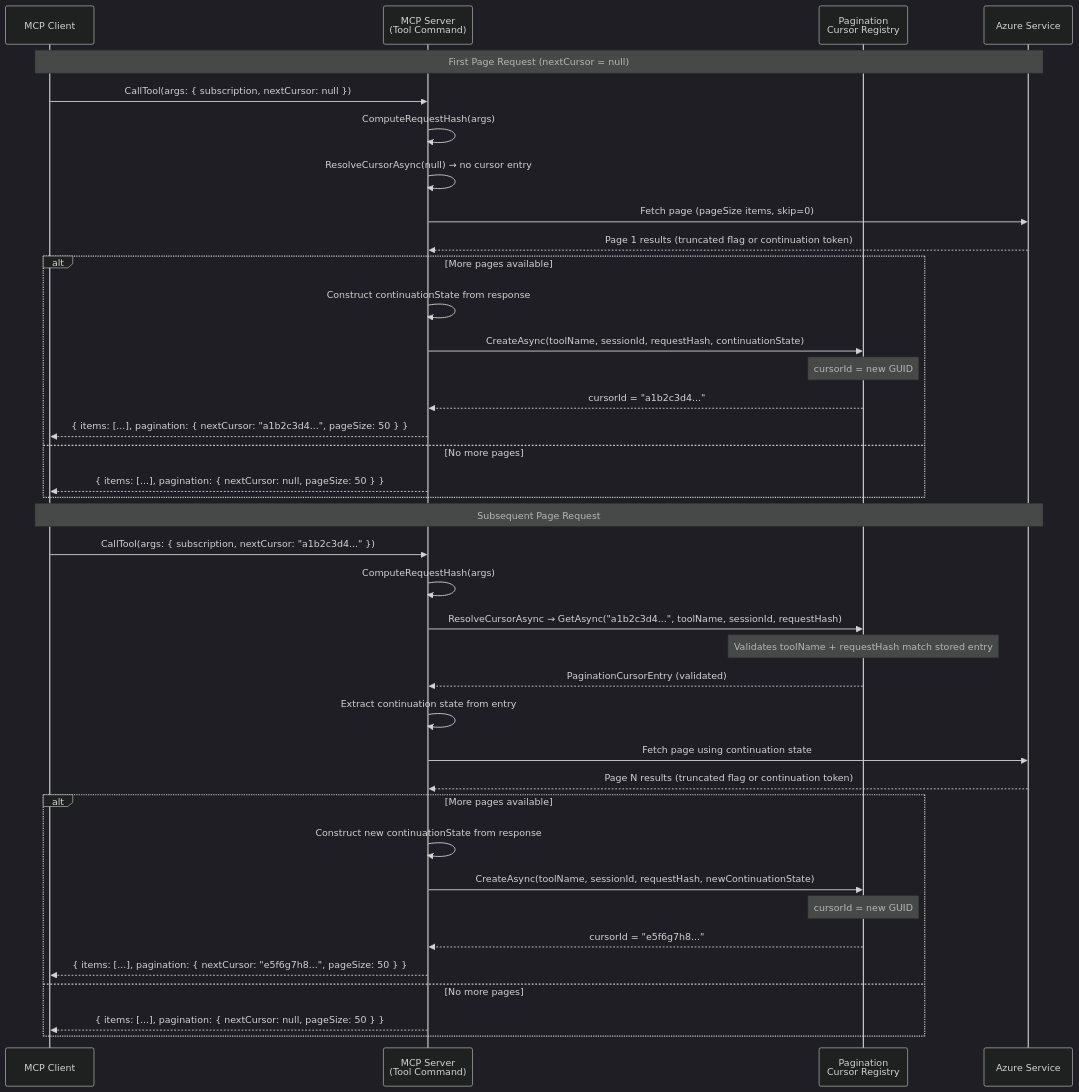
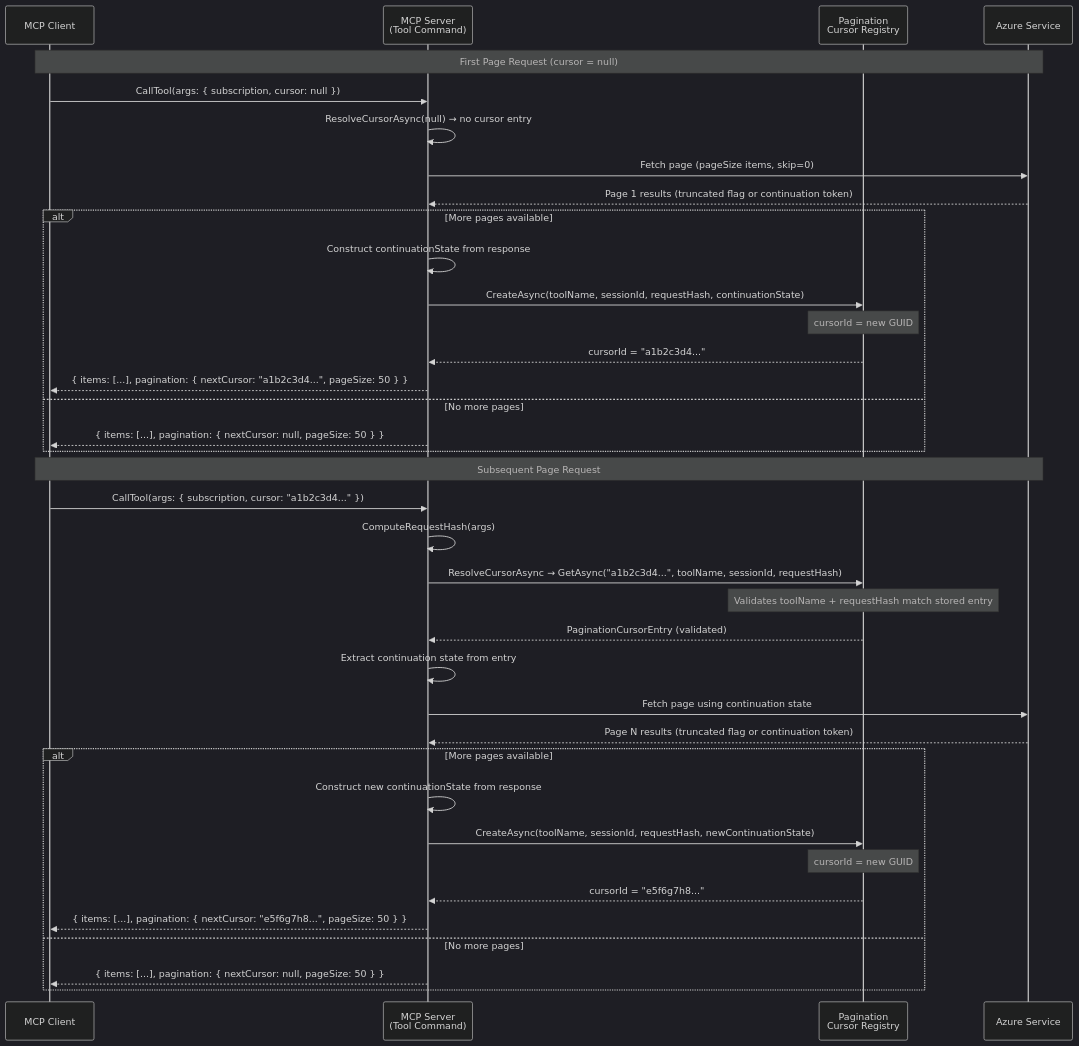
One commit to srnagar/mcp changed the third of 4 diagrams in docs/design/pagination-design-proposal.md. Above: the diagram before and after it, drawn with Mermaid (dark theme). The commit also changed other lines of this file and 23 other files, not shown here.

````diff
--- a/docs/design/pagination-design-proposal.md
+++ b/docs/design/pagination-design-proposal.md
@@ -284,42 +299,41 @@
 ```mermaid
 sequenceDiagram
     participant Client as MCP Client
     participant Server as MCP Server<br/>(Tool Command)
     participant Registry as Pagination<br/>Cursor Registry
     participant Azure as Azure Service
 
-    Note over Client,Azure: First Page Request (nextCursor = null)
-    Client->>Server: CallTool(args: { subscription, nextCursor: null })
-    Server->>Server: ComputeRequestHash(args)
+    Note over Client,Azure: First Page Request (cursor = null)
+    Client->>Server: CallTool(args: { subscription, cursor: null })
     Server->>Server: ResolveCursorAsync(null) → no cursor entry
     Server->>Azure: Fetch page (pageSize items, skip=0)
     Azure-->>Server: Page 1 results (truncated flag or continuation token)
     alt More pages available
         Server->>Server: Construct continuationState from response
         Server->>Registry: CreateAsync(toolName, sessionId, requestHash, continuationState)
         Note over Registry: cursorId = new GUID
         Registry-->>Server: cursorId = "a1b2c3d4..."
         Server-->>Client: { items: [...], pagination: { nextCursor: "a1b2c3d4...", pageSize: 50 } }
     else No more pages
         Server-->>Client: { items: [...], pagination: { nextCursor: null, pageSize: 50 } }
     end
 
     Note over Client,Azure: Subsequent Page Request
-    Client->>Server: CallTool(args: { subscription, nextCursor: "a1b2c3d4..." })
+    Client->>Server: CallTool(args: { subscription, cursor: "a1b2c3d4..." })
     Server->>Server: ComputeRequestHash(args)
     Server->>Registry: ResolveCursorAsync → GetAsync("a1b2c3d4...", toolName, sessionId, requestHash)
     Note over Registry: Validates toolName + requestHash match stored entry
     Registry-->>Server: PaginationCursorEntry (validated)
     Server->>Server: Extract continuation state from entry
     Server->>Azure: Fetch page using continuation state
     Azure-->>Server: Page N results (truncated flag or continuation token)
     alt More pages available
         Server->>Server: Construct new continuationState from response
         Server->>Registry: CreateAsync(toolName, sessionId, requestHash, newContinuationState)
         Note over Registry: cursorId = new GUID
         Registry-->>Server: cursorId = "e5f6g7h8..."
         Server-->>Client: { items: [...], pagination: { nextCursor: "e5f6g7h8...", pageSize: 50 } }
     else No more pages
         Server-->>Client: { items: [...], pagination: { nextCursor: null, pageSize: 50 } }
     end
 ```
````
